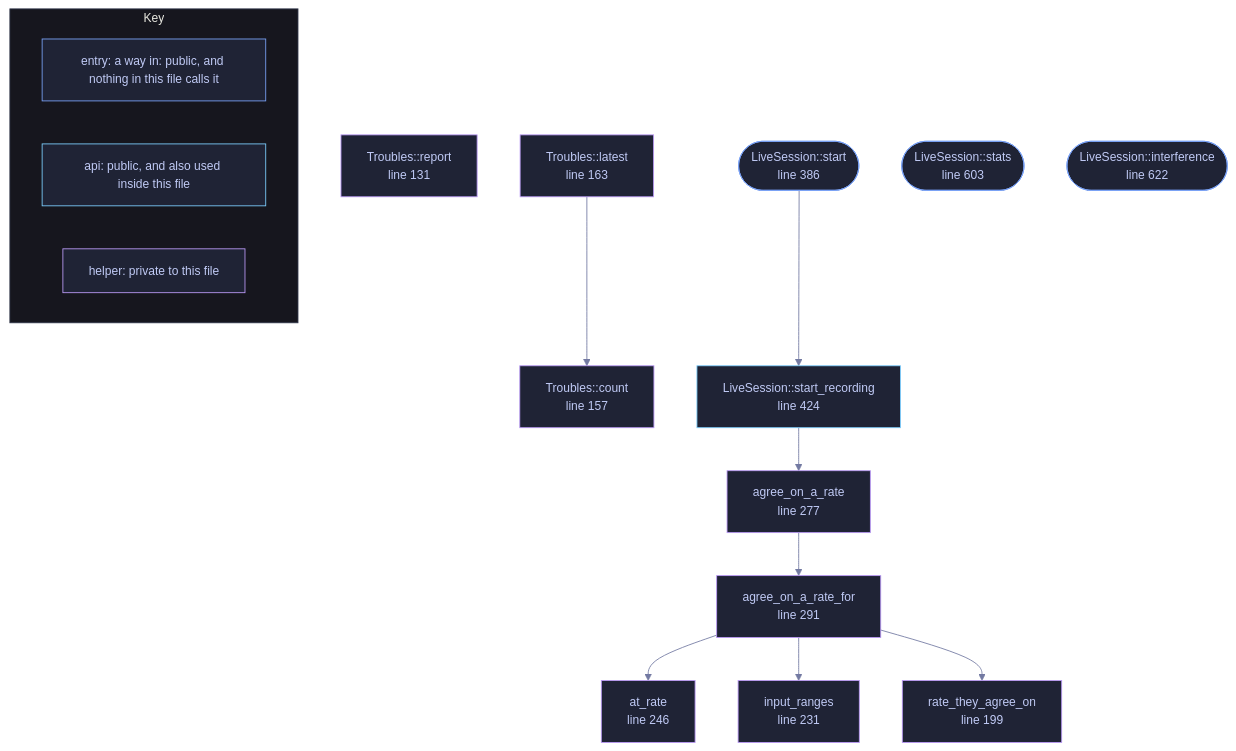
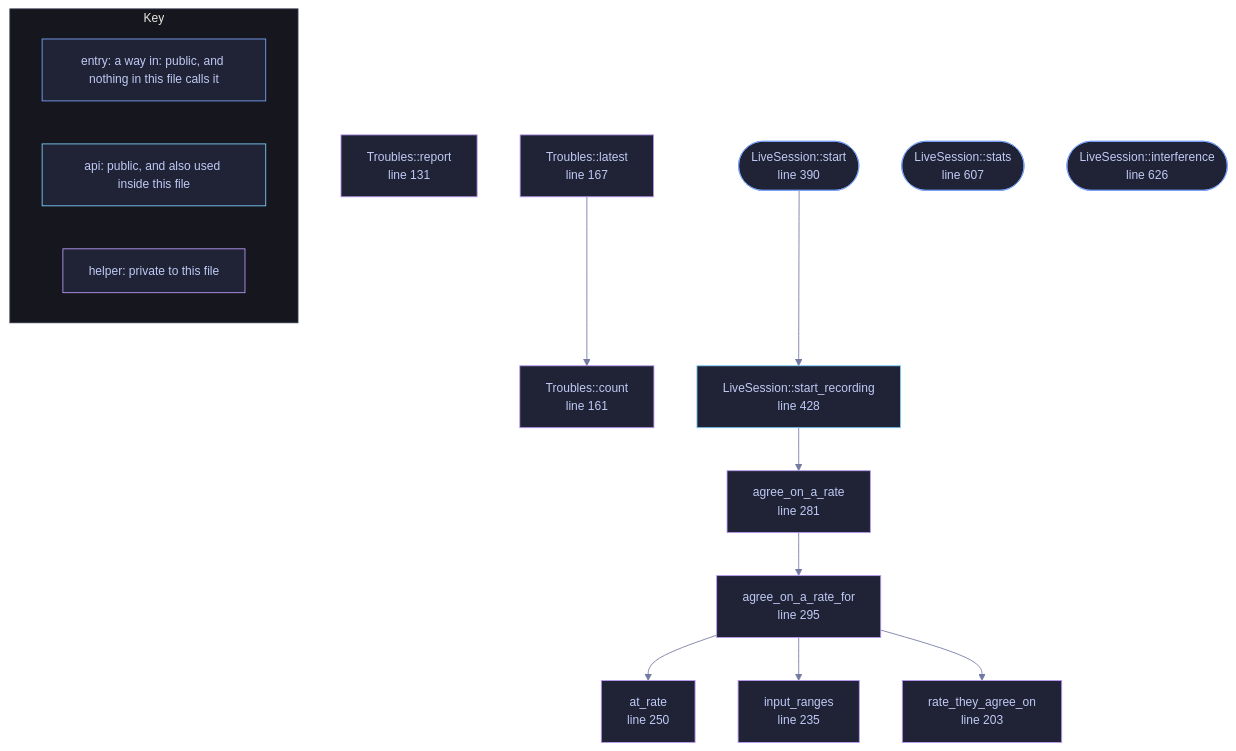
One commit to tilas01/veilvoice changed the diagram in docs/files/veilvoice-audio/live.md. Above: the diagram before and after it, drawn with Mermaid. The commit also changed other lines of this file and 514 other files, not shown here.

````diff
--- a/docs/files/veilvoice-audio/live.md
+++ b/docs/files/veilvoice-audio/live.md
@@ -102,50 +102,50 @@
 ```mermaid
 %%{init: {"theme":"base","themeVariables":{"background":"#1a1b26","primaryColor":"#1f2335","primaryTextColor":"#c0caf5","primaryBorderColor":"#7aa2f7","secondaryColor":"#16161e","tertiaryColor":"#16161e","lineColor":"#737aa2","textColor":"#c0caf5","mainBkg":"#1f2335","nodeBorder":"#7aa2f7","clusterBkg":"#16161e","clusterBorder":"#2f3549","fontFamily":"ui-monospace, SFMono-Regular, Consolas, monospace","fontSize":"14px"}}}%%
 flowchart TD
     n_report["Troubles::report<br/>line 131"]
-    n_count["Troubles::count<br/>line 157"]
-    n_latest["Troubles::latest<br/>line 163"]
-    n_rate_they_agree_on["rate_they_agree_on<br/>line 199"]
-    n_input_ranges["input_ranges<br/>line 231"]
-    n_at_rate["at_rate<br/>line 246"]
-    n_agree_on_a_rate["agree_on_a_rate<br/>line 277"]
-    n_agree_on_a_rate_for["agree_on_a_rate_for<br/>line 291"]
-    n_start(["LiveSession::start<br/>line 386"])
-    n_start_recording["LiveSession::start_recording<br/>line 424"]
-    n_stats(["LiveSession::stats<br/>line 603"])
-    n_interference(["LiveSession::interference<br/>line 622"])
+    n_count["Troubles::count<br/>line 161"]
+    n_latest["Troubles::latest<br/>line 167"]
+    n_rate_they_agree_on["rate_they_agree_on<br/>line 203"]
+    n_input_ranges["input_ranges<br/>line 235"]
+    n_at_rate["at_rate<br/>line 250"]
+    n_agree_on_a_rate["agree_on_a_rate<br/>line 281"]
+    n_agree_on_a_rate_for["agree_on_a_rate_for<br/>line 295"]
+    n_start(["LiveSession::start<br/>line 390"])
+    n_start_recording["LiveSession::start_recording<br/>line 428"]
+    n_stats(["LiveSession::stats<br/>line 607"])
+    n_interference(["LiveSession::interference<br/>line 626"])
     n_agree_on_a_rate --> n_agree_on_a_rate_for
     n_agree_on_a_rate_for --> n_at_rate
     n_agree_on_a_rate_for --> n_input_ranges
     n_agree_on_a_rate_for --> n_rate_they_agree_on
     n_latest --> n_count
     n_start --> n_start_recording
     n_start_recording --> n_agree_on_a_rate
     click n_report href "https://github.com/tilas01/veilvoice/blob/main/crates/veilvoice-audio/src/live.rs#L131" "open the source"
-    click n_count href "https://github.com/tilas01/veilvoice/blob/main/crates/veilvoice-audio/src/live.rs#L157" "open the source"
-    click n_latest href "https://github.com/tilas01/veilvoice/blob/main/crates/veilvoice-audio/src/live.rs#L163" "open the source"
-    click n_rate_they_agree_on href "https://github.com/tilas01/veilvoice/blob/main/crates/veilvoice-audio/src/live.rs#L199" "open the source"
-    click n_input_ranges href "https://github.com/tilas01/veilvoice/blob/main/crates/veilvoice-audio/src/live.rs#L231" "open the source"
-    click n_at_rate href "https://github.com/tilas01/veilvoice/blob/main/crates/veilvoice-audio/src/live.rs#L246" "open the source"
-    click n_agree_on_a_rate href "https://github.com/tilas01/veilvoice/blob/main/crates/veilvoice-audio/src/live.rs#L277" "open the source"
-    click n_agree_on_a_rate_for href "https://github.com/tilas01/veilvoice/blob/main/crates/veilvoice-audio/src/live.rs#L291" "open the source"
-    click n_start href "https://github.com/tilas01/veilvoice/blob/main/crates/veilvoice-audio/src/live.rs#L386" "open the source"
-    click n_start_recording href "https://github.com/tilas01/veilvoice/blob/main/crates/veilvoice-audio/src/live.rs#L424" "open the source"
-    click n_stats href "https://github.com/tilas01/veilvoice/blob/main/crates/veilvoice-audio/src/live.rs#L603" "open the source"
-    click n_interference href "https://github.com/tilas01/veilvoice/blob/main/crates/veilvoice-audio/src/live.rs#L622" "open the source"
+    click n_count href "https://github.com/tilas01/veilvoice/blob/main/crates/veilvoice-audio/src/live.rs#L161" "open the source"
+    click n_latest href "https://github.com/tilas01/veilvoice/blob/main/crates/veilvoice-audio/src/live.rs#L167" "open the source"
+    click n_rate_they_agree_on href "https://github.com/tilas01/veilvoice/blob/main/crates/veilvoice-audio/src/live.rs#L203" "open the source"
+    click n_input_ranges href "https://github.com/tilas01/veilvoice/blob/main/crates/veilvoice-audio/src/live.rs#L235" "open the source"
+    click n_at_rate href "https://github.com/tilas01/veilvoice/blob/main/crates/veilvoice-audio/src/live.rs#L250" "open the source"
+    click n_agree_on_a_rate href "https://github.com/tilas01/veilvoice/blob/main/crates/veilvoice-audio/src/live.rs#L281" "open the source"
+    click n_agree_on_a_rate_for href "https://github.com/tilas01/veilvoice/blob/main/crates/veilvoice-audio/src/live.rs#L295" "open the source"
+    click n_start href "https://github.com/tilas01/veilvoice/blob/main/crates/veilvoice-audio/src/live.rs#L390" "open the source"
+    click n_start_recording href "https://github.com/tilas01/veilvoice/blob/main/crates/veilvoice-audio/src/live.rs#L428" "open the source"
+    click n_stats href "https://github.com/tilas01/veilvoice/blob/main/crates/veilvoice-audio/src/live.rs#L607" "open the source"
+    click n_interference href "https://github.com/tilas01/veilvoice/blob/main/crates/veilvoice-audio/src/live.rs#L626" "open the source"
     classDef entry fill:#1f2335,stroke:#7aa2f7,color:#c0caf5
     class n_start,n_stats,n_interference entry
     classDef api fill:#1f2335,stroke:#7dcfff,color:#c0caf5
     class n_start_recording api
     classDef helper fill:#1f2335,stroke:#bb9af7,color:#c0caf5
     class n_report,n_count,n_latest,n_rate_they_agree_on,n_input_ranges,n_at_rate,n_agree_on_a_rate,n_agree_on_a_rate_for helper
     subgraph chart_key ["Key"]
         direction LR
         key_entry["entry: a way in: public, and nothing in this file calls it"]
         key_api["api: public, and also used inside this file"]
         key_helper["helper: private to this file"]
     end
     class key_entry entry
     class key_api api
     class key_helper helper
 ```
````
